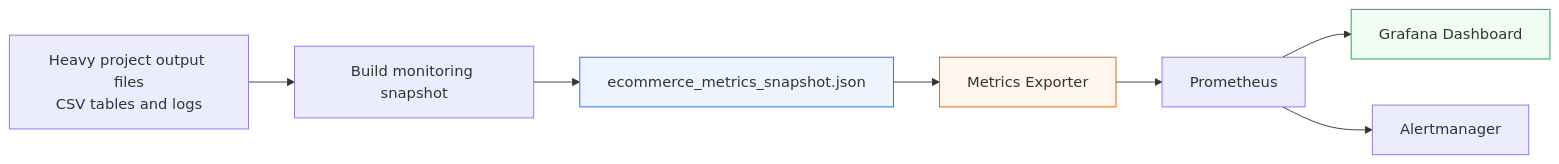
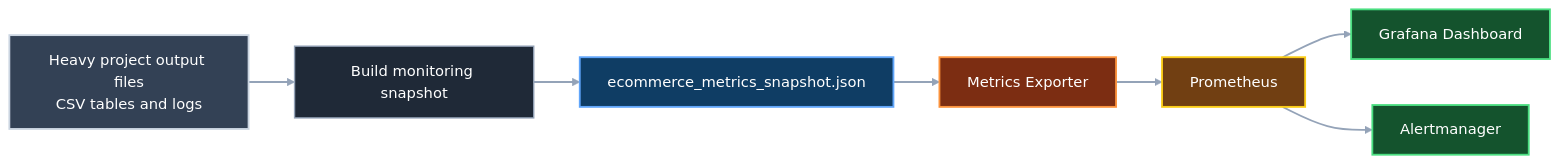
One commit to RuturajM31/E-Commerce-Conversion-Intelligence-Platform changed the fourth of 6 diagrams in README.md. Above: the diagram before and after it, drawn with Mermaid. The commit also changed other lines of this file, not shown here.

````diff
--- a/README.md
+++ b/README.md
@@ -416,13 +453,26 @@
 ```mermaid
+%%{init: {"theme": "base", "themeVariables": {"background": "#0D1117", "primaryTextColor": "#FFFFFF", "lineColor": "#94A3B8", "fontFamily": "Arial"}}}%%
 flowchart LR
-    A[Heavy project output files<br/>CSV tables and logs] --> B[Build monitoring snapshot]
-    B --> C[ecommerce_metrics_snapshot.json]
-    C --> D[Metrics Exporter]
-    D --> E[Prometheus]
-    E --> F[Grafana Dashboard]
-    E --> G[Alertmanager]
+    A["Heavy project output files<br/>CSV tables and logs"] --> B["Build monitoring snapshot"]
+    B --> C["ecommerce_metrics_snapshot.json"]
+    C --> D["Metrics Exporter"]
+    D --> E["Prometheus"]
+    E --> F["Grafana Dashboard"]
+    E --> G["Alertmanager"]
 
-    style C fill:#eef4ff,stroke:#2563eb
-    style D fill:#fff7ed,stroke:#ea580c
-    style F fill:#f0fdf4,stroke:#16a34a
+    classDef source fill:#334155,stroke:#CBD5E1,color:#FFFFFF,stroke-width:2px;
+    classDef process fill:#1F2937,stroke:#94A3B8,color:#FFFFFF,stroke-width:1.5px;
+    classDef cache fill:#0F3D64,stroke:#60A5FA,color:#FFFFFF,stroke-width:2px;
+    classDef exporter fill:#7C2D12,stroke:#FB923C,color:#FFFFFF,stroke-width:2px;
+    classDef monitor fill:#713F12,stroke:#FACC15,color:#FFFFFF,stroke-width:2px;
+    classDef output fill:#14532D,stroke:#4ADE80,color:#FFFFFF,stroke-width:2px;
+
+    class A source;
+    class B process;
+    class C cache;
+    class D exporter;
+    class E monitor;
+    class F,G output;
+
+    linkStyle default stroke:#94A3B8,stroke-width:2px;
 ```
````
